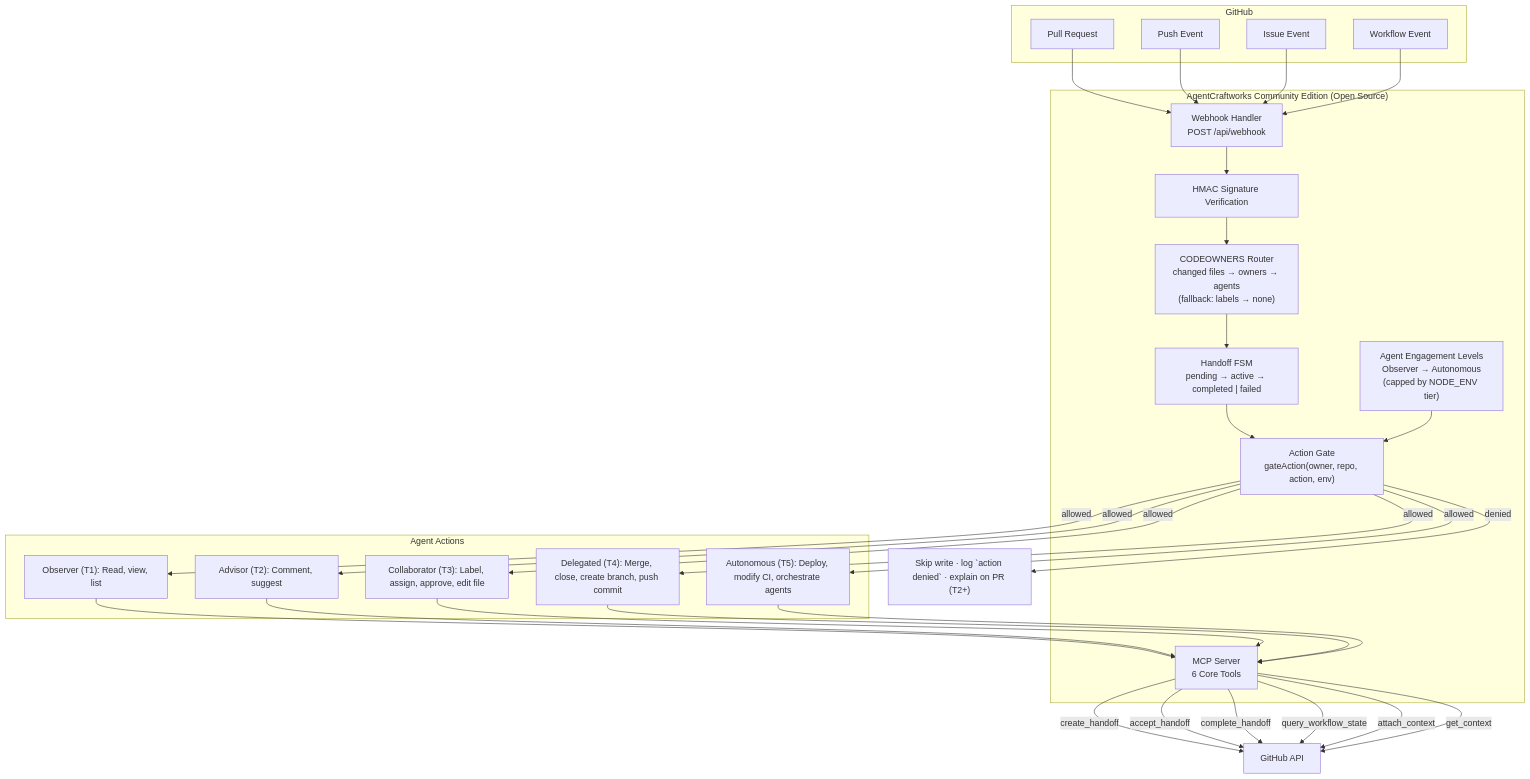
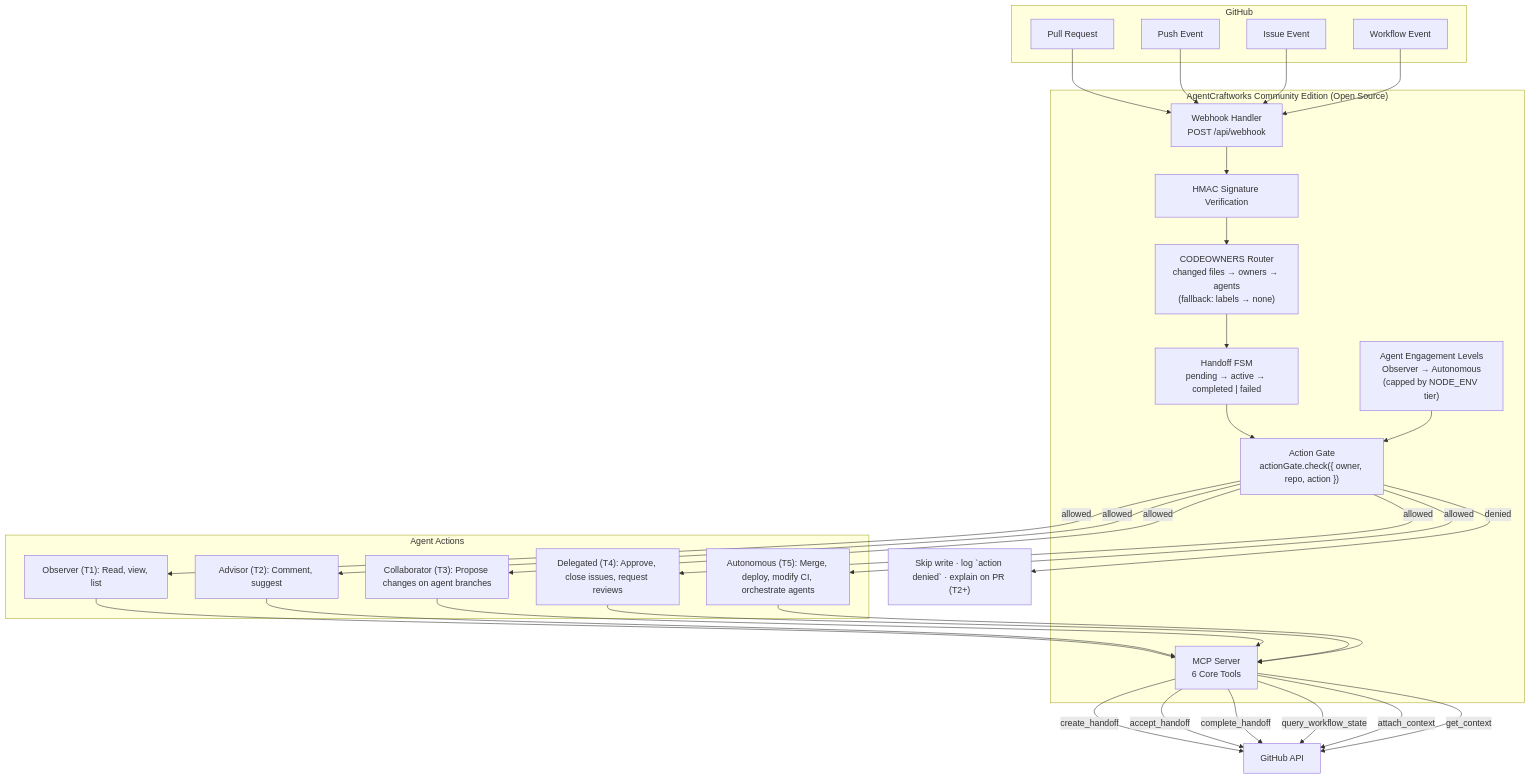
The first of 2 diagrams in docs/architecture.md (AgentCraftworks/AgentCraftworks-CE), drawn with Mermaid before and after one commit. The commit also changed other lines of this file and 1 other file, not shown here.

Commit message:
fix(governance): align webhook gate with runtime policy

````diff
--- a/docs/architecture.md
+++ b/docs/architecture.md
@@ -18,54 +18,54 @@
 ```mermaid
 graph TD
     subgraph GitHub["GitHub"]
         prEvent["Pull Request"]
         pushEvent["Push Event"]
         issueEvent["Issue Event"]
         workflowEvent["Workflow Event"]
     end
 
     subgraph CE["AgentCraftworks Community Edition (Open Source)"]
         webhookHandler["Webhook Handler<br/>POST /api/webhook"]
         signatureVerify["HMAC Signature Verification"]
         codeownersRouter["CODEOWNERS Router<br/>changed files → owners → agents<br/>(fallback: labels → none)"]
         eventFsm["Handoff FSM<br/>pending → active → completed | failed"]
-        actionGate["Action Gate<br/>gateAction(owner, repo, action, env)"]
+        actionGate["Action Gate<br/>actionGate.check({ owner, repo, action })"]
         engagementLevels["Agent Engagement Levels<br/>Observer → Autonomous<br/>(capped by NODE_ENV tier)"]
         mcpServer["MCP Server<br/>6 Core Tools"]
     end
 
     subgraph Actions["Agent Actions"]
         level1["Observer (T1): Read, view, list"]
         level2["Advisor (T2): Comment, suggest"]
-        level3["Collaborator (T3): Label, assign, approve, edit file"]
-        level4["Delegated (T4): Merge, close, create branch, push commit"]
-        level5["Autonomous (T5): Deploy, modify CI, orchestrate agents"]
+        level3["Collaborator (T3): Propose changes on agent branches"]
+        level4["Delegated (T4): Approve, close issues, request reviews"]
+        level5["Autonomous (T5): Merge, deploy, modify CI, orchestrate agents"]
     end
 
     prEvent --> webhookHandler
     pushEvent --> webhookHandler
     issueEvent --> webhookHandler
     workflowEvent --> webhookHandler
     webhookHandler --> signatureVerify
     signatureVerify --> codeownersRouter
     codeownersRouter --> eventFsm
     eventFsm --> actionGate
     engagementLevels --> actionGate
     actionGate -->|allowed| level1
     actionGate -->|allowed| level2
     actionGate -->|allowed| level3
     actionGate -->|allowed| level4
     actionGate -->|allowed| level5
     actionGate -->|denied| denied["Skip write · log `action denied` · explain on PR (T2+)"]
     level1 --> mcpServer
     level2 --> mcpServer
     level3 --> mcpServer
     level4 --> mcpServer
     level5 --> mcpServer
     mcpServer -->|create_handoff| ghApi["GitHub API"]
     mcpServer -->|accept_handoff| ghApi
     mcpServer -->|complete_handoff| ghApi
     mcpServer -->|query_workflow_state| ghApi
     mcpServer -->|attach_context| ghApi
     mcpServer -->|get_context| ghApi
 ```
````
